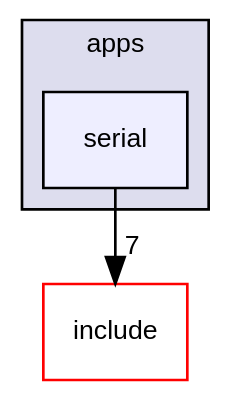
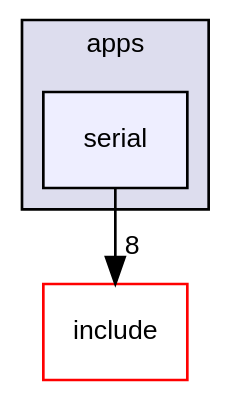
One commit to luca-heltai/fsi-suite changed the diagram in dir_e7245891811a18a2b76d3fc59ab1e2d7_dep.dot. Above: the diagram before and after it, drawn with Graphviz. The commit also changed 609 other files, not shown here.

```diff
--- a/dir_e7245891811a18a2b76d3fc59ab1e2d7_dep.dot
+++ b/dir_e7245891811a18a2b76d3fc59ab1e2d7_dep.dot
@@ -1,12 +1,12 @@
 digraph "apps/serial" {
   bgcolor=transparent;
   compound=true
   node [ fontsize="10", fontname="Helvetica"];
   edge [ labelfontsize="10", labelfontname="Helvetica"];
   subgraph clusterdir_9654b8d08f4bba4e84b362c5fd320bee {
     graph [ bgcolor="#ddddee", pencolor="black", label="apps" fontname="Helvetica", fontsize="10", URL="dir_9654b8d08f4bba4e84b362c5fd320bee.html"]
   dir_e7245891811a18a2b76d3fc59ab1e2d7 [shape=box, label="serial", style="filled", fillcolor="#eeeeff", pencolor="black", URL="dir_e7245891811a18a2b76d3fc59ab1e2d7.html"];
   }
   dir_d44c64559bbebec7f509842c48db8b23 [shape=box label="include" color="red" URL="dir_d44c64559bbebec7f509842c48db8b23.html"];
-  dir_e7245891811a18a2b76d3fc59ab1e2d7->dir_d44c64559bbebec7f509842c48db8b23 [headlabel="7", labeldistance=1.5 headhref="dir_000011_000002.html"];
+  dir_e7245891811a18a2b76d3fc59ab1e2d7->dir_d44c64559bbebec7f509842c48db8b23 [headlabel="8", labeldistance=1.5 headhref="dir_000011_000002.html"];
 }
```
